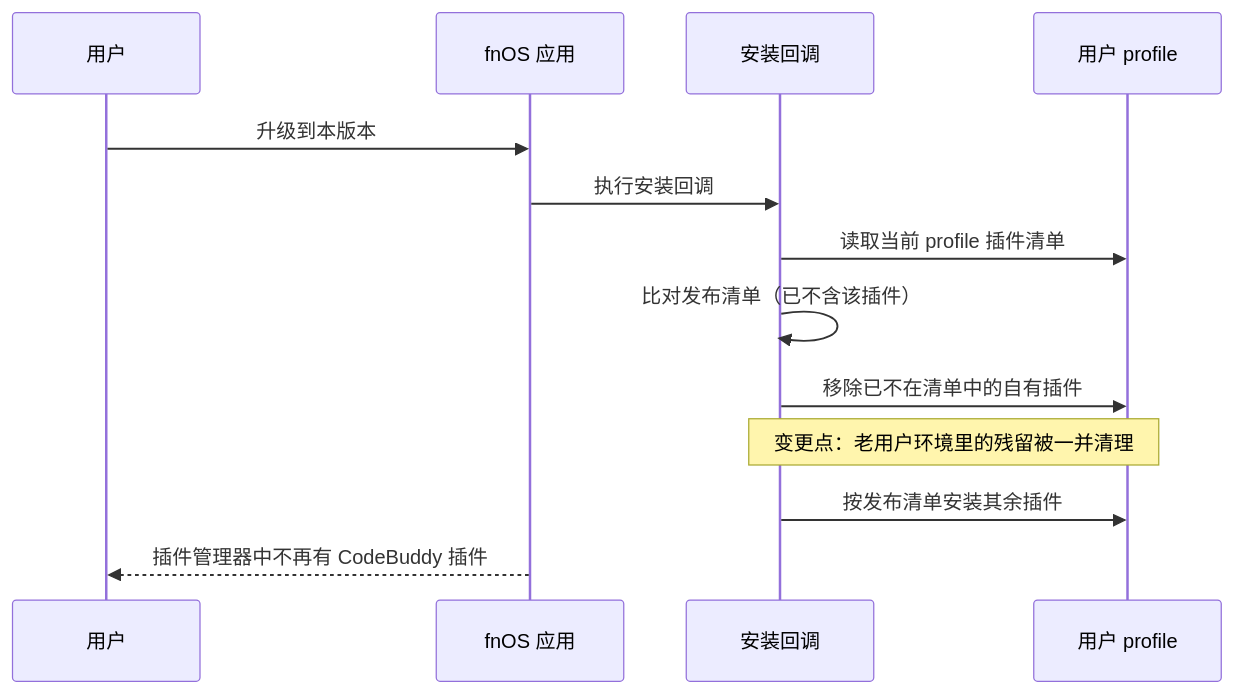
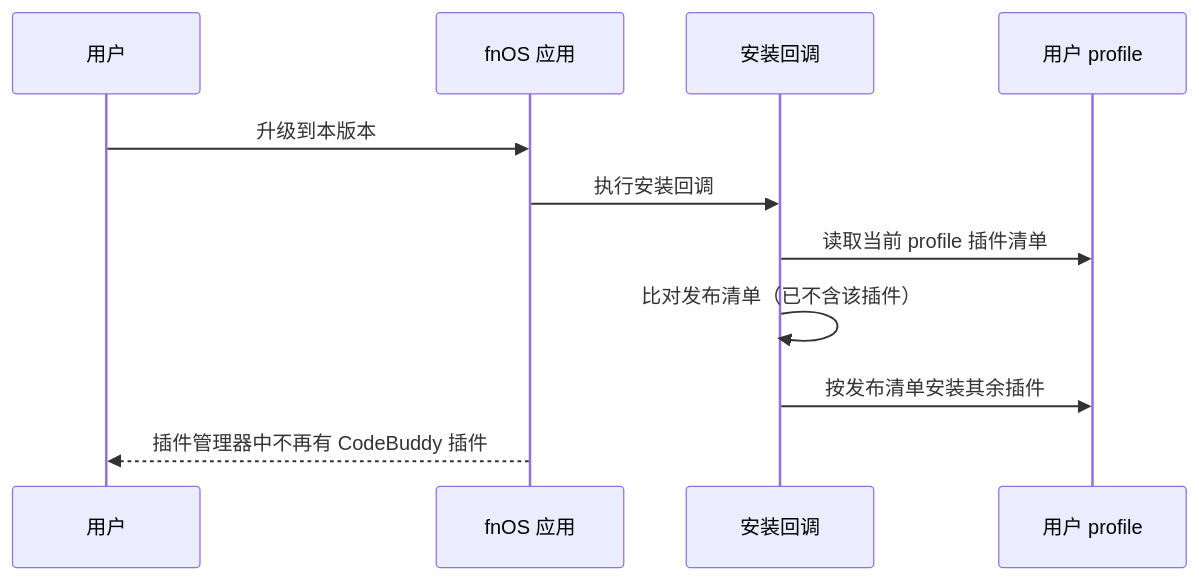
One commit to FNOSP/fnos-dsh changed the second of 2 diagrams in docs/requirements/FNOS-025-codebuddy-plugin-delisting.md. Above: the diagram before and after it, drawn with Mermaid. The commit also changed other lines of this file and 5 other files, not shown here.

````diff
--- a/docs/requirements/FNOS-025-codebuddy-plugin-delisting.md
+++ b/docs/requirements/FNOS-025-codebuddy-plugin-delisting.md
@@ -109,15 +108,13 @@
 ```mermaid
 sequenceDiagram
   participant User as 用户
   participant App as fnOS 应用
   participant Callback as 安装回调
   participant Profile as 用户 profile
   User->>App: 升级到本版本
   App->>Callback: 执行安装回调
   Callback->>Profile: 读取当前 profile 插件清单
   Callback->>Callback: 比对发布清单（已不含该插件）
-  Callback->>Profile: 移除已不在清单中的自有插件
-  Note over Callback,Profile: 变更点：老用户环境里的残留被一并清理
   Callback->>Profile: 按发布清单安装其余插件
   App-->>User: 插件管理器中不再有 CodeBuddy 插件
 ```
````
